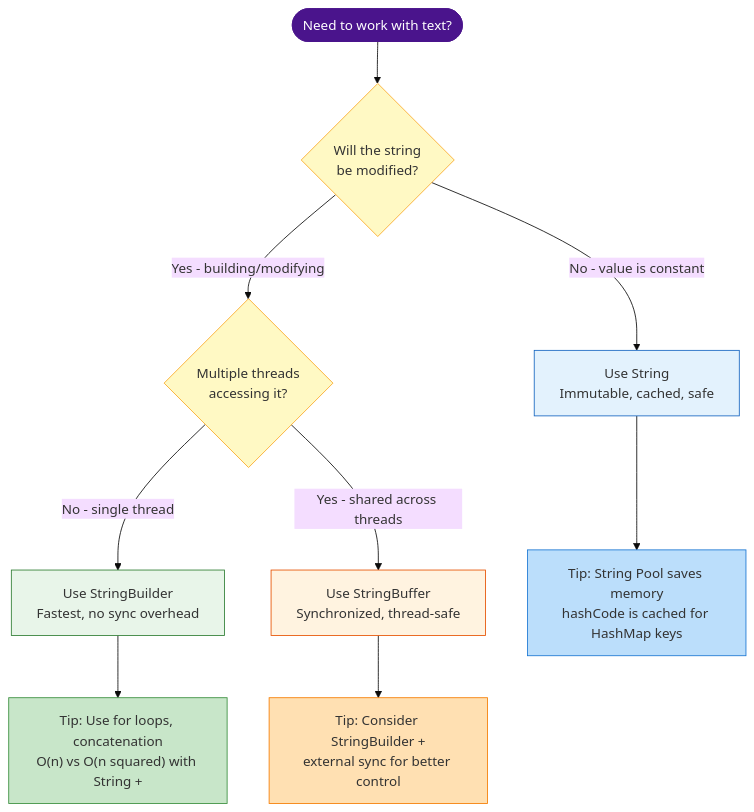
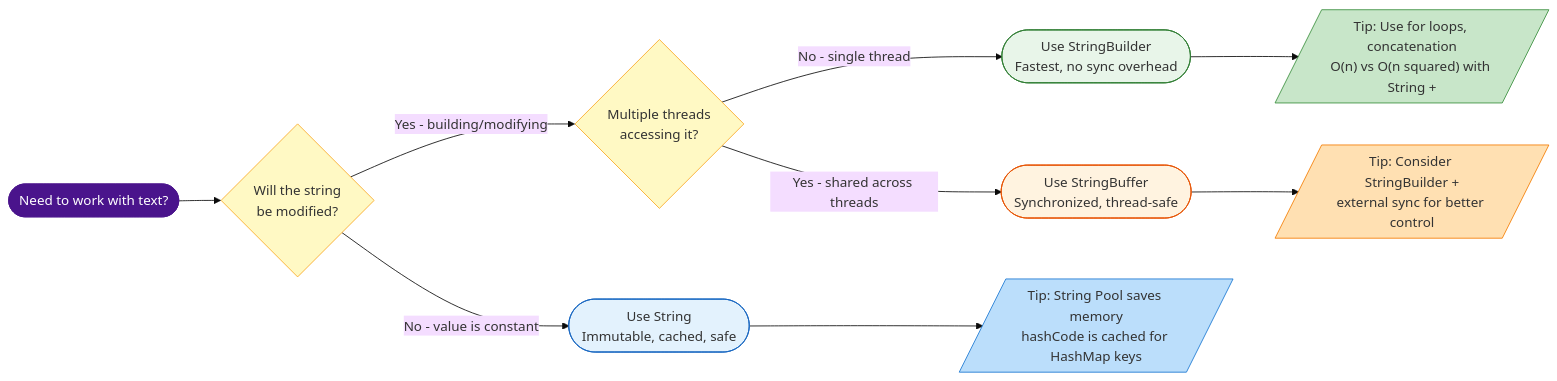
The second of 2 diagrams in docs/java/Strings.md (saivamsikaruturi/vamsilabs-dev-notes-main), drawn with Mermaid (base theme) before and after one commit. The commit also changed 146 other files, not shown here.

Commit message:
Horizontal diagrams, UML class diagrams, typography overhaul, and permalink cleanup

````diff
--- a/docs/java/Strings.md
+++ b/docs/java/Strings.md
@@ -48,24 +48,24 @@
 ```mermaid
-flowchart TD
-    START([Need to work with text?]) --> Q1{Will the string<br/>be modified?}
+flowchart LR
+    START(["Need to work with text?"]) --> Q1{"Will the string<br/>be modified?"}
 
-    Q1 -->|No - value is constant| STR[Use String<br/>Immutable, cached, safe]
-    Q1 -->|Yes - building/modifying| Q2{Multiple threads<br/>accessing it?}
+    Q1 -->|No - value is constant| STR(["Use String<br/>Immutable, cached, safe"])
+    Q1 -->|Yes - building/modifying| Q2{"Multiple threads<br/>accessing it?"}
 
-    Q2 -->|No - single thread| SB[Use StringBuilder<br/>Fastest, no sync overhead]
-    Q2 -->|Yes - shared across threads| SBF[Use StringBuffer<br/>Synchronized, thread-safe]
+    Q2 -->|No - single thread| SB(["Use StringBuilder<br/>Fastest, no sync overhead"])
+    Q2 -->|Yes - shared across threads| SBF(["Use StringBuffer<br/>Synchronized, thread-safe"])
 
-    STR --> TIP1["Tip: String Pool saves memory<br/>hashCode is cached for HashMap keys"]
-    SB --> TIP2["Tip: Use for loops, concatenation<br/>O(n) vs O(n squared) with String +"]
-    SBF --> TIP3["Tip: Consider StringBuilder +<br/>external sync for better control"]
+    STR --> TIP1[/"Tip: String Pool saves memory<br/>hashCode is cached for HashMap keys"/]
+    SB --> TIP2[/"Tip: Use for loops, concatenation<br/>O(n) vs O(n squared) with String +"/]
+    SBF --> TIP3[/"Tip: Consider StringBuilder +<br/>external sync for better control"/]
 
     style START fill:#4a148c,stroke:#4a148c,color:#ffffff
     style Q1 fill:#fff9c4,stroke:#f9a825
     style Q2 fill:#fff9c4,stroke:#f9a825
     style STR fill:#e3f2fd,stroke:#1565c0
     style SB fill:#e8f5e9,stroke:#2e7d32
     style SBF fill:#fff3e0,stroke:#e65100
     style TIP1 fill:#bbdefb,stroke:#1976d2
     style TIP2 fill:#c8e6c9,stroke:#388e3c
     style TIP3 fill:#ffe0b2,stroke:#f57c00
 ```
````
